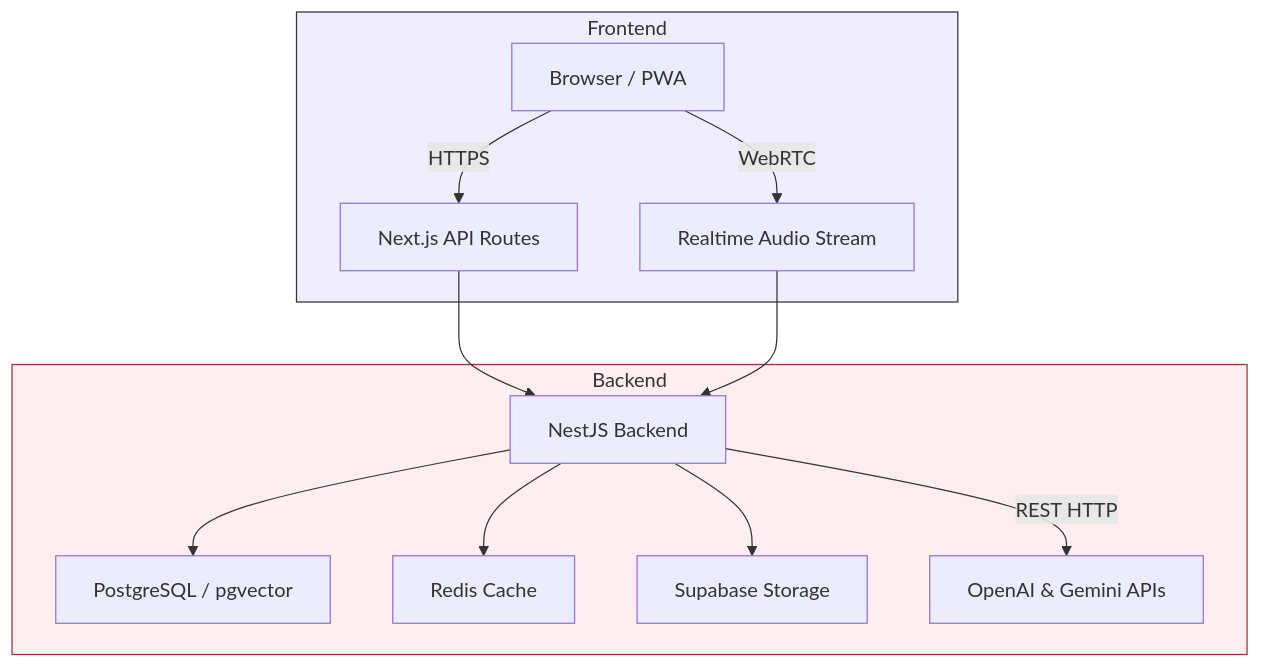
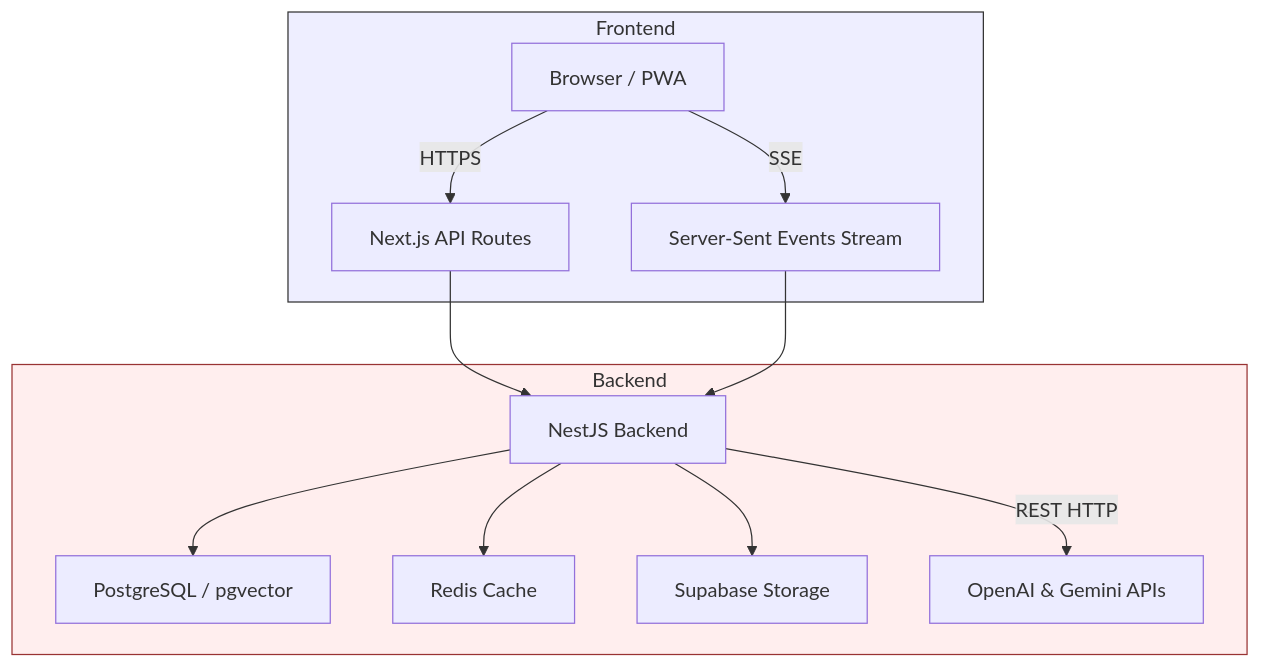
One commit to Matthew11012/mandareen changed the diagram in README.md. Above: the diagram before and after it, drawn with Mermaid. The commit also changed other lines of this file, not shown here.

````diff
--- a/README.md
+++ b/README.md
@@ -138,18 +137,18 @@
 ```mermaid
 graph TD
   subgraph Frontend
     A[Browser / PWA]
     A -->|HTTPS| B[Next.js API Routes]
-    A -->|WebRTC| H[Realtime Audio Stream]
+    A -->|SSE| H[Server-Sent Events Stream]
   end
   subgraph Backend
     B --> C[NestJS Backend]
     H --> C
     C --> D[PostgreSQL / pgvector]
     C --> E[Redis Cache]
     C --> F[Supabase Storage]
     C -->|REST HTTP| G[OpenAI & Gemini APIs]
   end
   style Frontend fill:#eef,stroke:#333,stroke-width:1px
   style Backend fill:#fee,stroke:#933,stroke-width:1px
 ```
````
